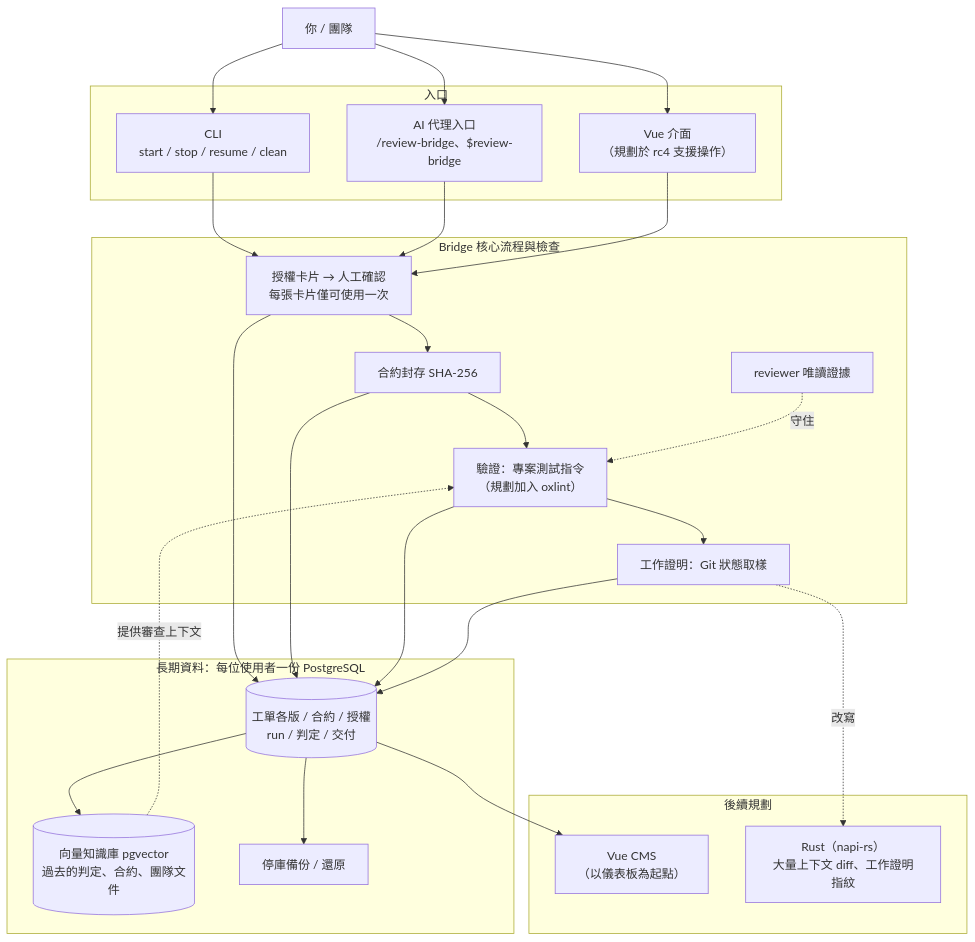
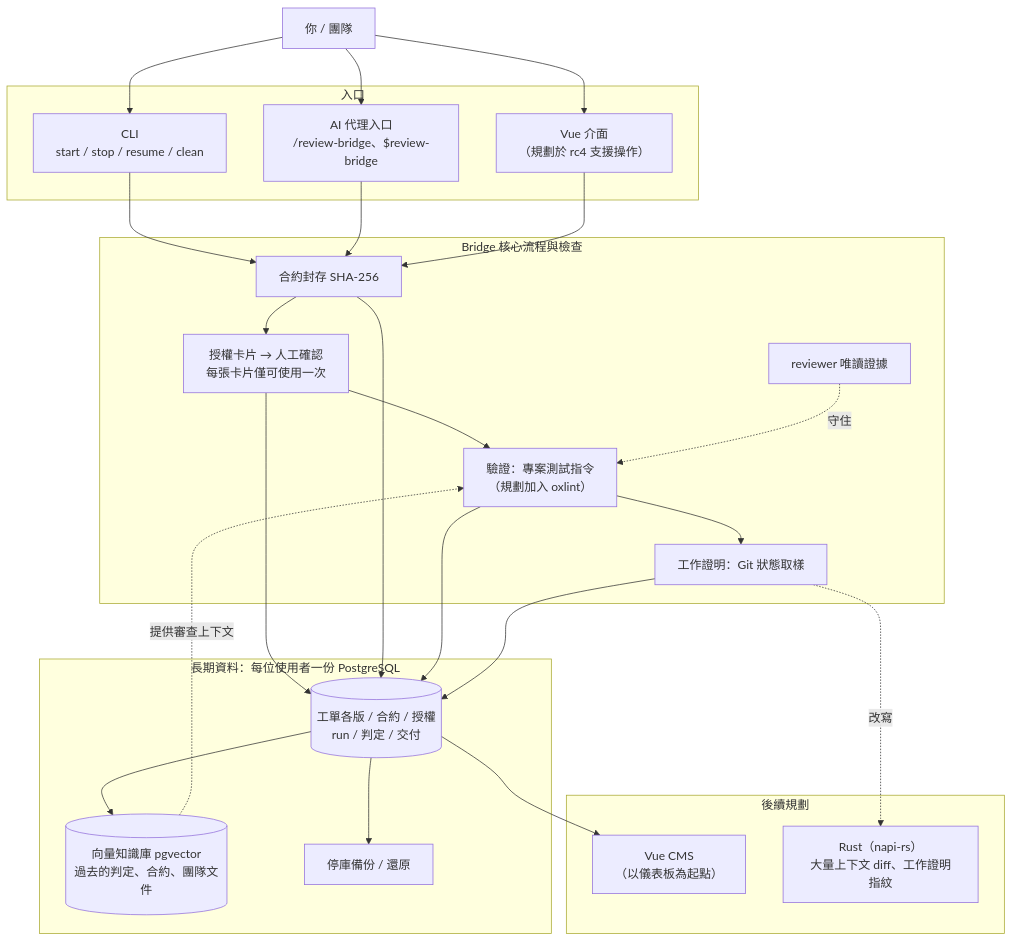
One commit to fortes1219/review-bridge changed the diagram in docs/zh-TW/principles/architecture.md. Above: the diagram before and after it, drawn with Mermaid. The commit also changed other lines of this file and 49 other files, not shown here.

````diff
--- a/docs/zh-TW/principles/architecture.md
+++ b/docs/zh-TW/principles/architecture.md
@@ -9,32 +9,32 @@
 ```mermaid
 flowchart TB
   subgraph Entry["入口"]
     CLI["CLI<br/>start / stop / resume / clean"]
     AGENT["AI 代理入口<br/>/review-bridge、$review-bridge"]
     WEB["Vue 介面<br/>（規劃於 rc4 支援操作）"]
   end
   subgraph Core["Bridge 核心流程與檢查"]
     CARD["授權卡片 → 人工確認<br/>每張卡片僅可使用一次"]
     CONTRACT["合約封存 SHA-256"]
     PROBE["reviewer 唯讀證據"]
     GATE["驗證：專案測試指令<br/>（規劃加入 oxlint）"]
     PROOF["工作證明：Git 狀態取樣"]
   end
   subgraph Data["長期資料：每位使用者一份 PostgreSQL"]
     DB[("工單各版 / 合約 / 授權<br/>run / 判定 / 交付")]
     RAG[("向量知識庫 pgvector<br/>過去的判定、合約、團隊文件")]
     BACKUP["停庫備份 / 還原"]
   end
   subgraph Later["後續規劃"]
     CMS["Vue CMS<br/>（以儀表板為起點）"]
     RUST["Rust（napi-rs）<br/>大量上下文 diff、工作證明指紋"]
   end
   Owner["你 / 團隊"] --> CLI & AGENT & WEB
-  CLI & AGENT & WEB --> CARD --> CONTRACT --> GATE --> PROOF
+  CLI & AGENT & WEB --> CONTRACT --> CARD --> GATE --> PROOF
   PROBE -.守住.-> GATE
   CARD & CONTRACT & GATE & PROOF --> DB
   DB --> RAG -.提供審查上下文.-> GATE
   DB --> BACKUP
   DB --> CMS
   PROOF -.改寫.-> RUST
 ```
````
